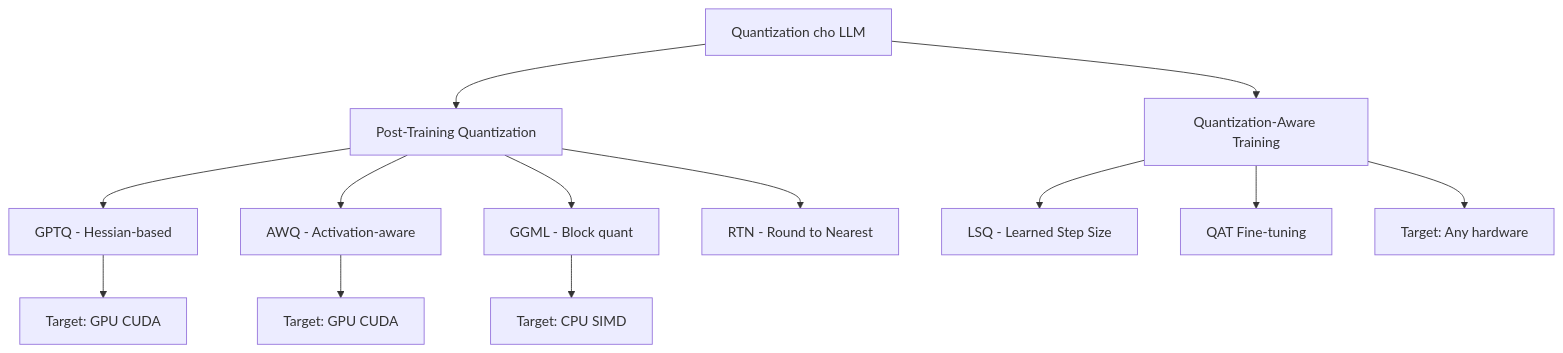
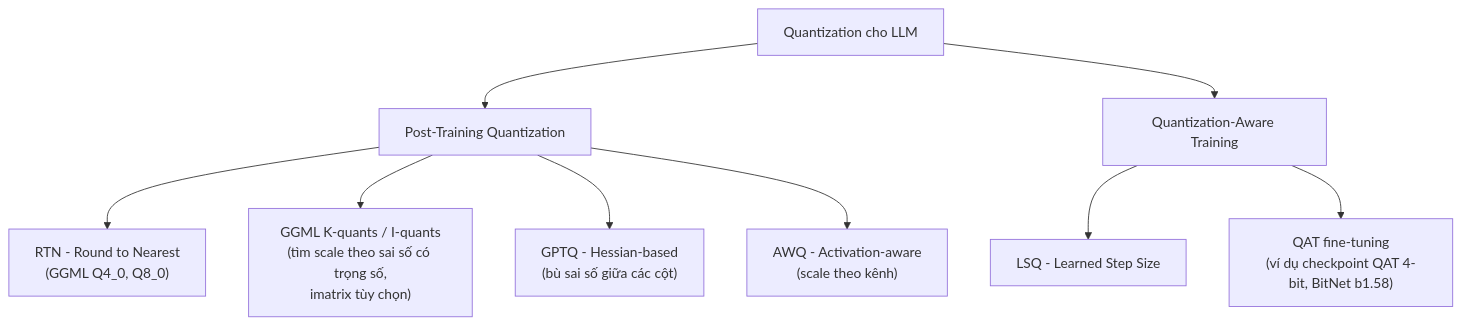
The first of 2 diagrams in docs/theory_deep_dive/theory_6_quantization_landscape.md (tuandung222/llama-cpp-architecture-lectures), drawn with Mermaid before and after one commit. The commit also changed other lines of this file and 5 other files, not shown here.

````diff
--- a/docs/theory_deep_dive/theory_6_quantization_landscape.md
+++ b/docs/theory_deep_dive/theory_6_quantization_landscape.md
@@ -16,18 +14,13 @@
 ```mermaid
 graph TD
     Q[Quantization cho LLM] --> PTQ[Post-Training Quantization]
     Q --> QAT[Quantization-Aware Training]
-    
-    PTQ --> GPTQ[GPTQ - Hessian-based]
-    PTQ --> AWQ[AWQ - Activation-aware]
-    PTQ --> GGML[GGML - Block quant]
-    PTQ --> RTN[RTN - Round to Nearest]
-    
+
+    PTQ --> RTN["RTN - Round to Nearest\n(GGML Q4_0, Q8_0)"]
+    PTQ --> GGMLK["GGML K-quants / I-quants\n(tìm scale theo sai số có trọng số,\nimatrix tùy chọn)"]
+    PTQ --> GPTQ["GPTQ - Hessian-based\n(bù sai số giữa các cột)"]
+    PTQ --> AWQ["AWQ - Activation-aware\n(scale theo kênh)"]
+
     QAT --> LSQ[LSQ - Learned Step Size]
-    QAT --> QATF[QAT Fine-tuning]
-    
-    GPTQ --> GPU1[Target: GPU CUDA]
-    AWQ --> GPU2[Target: GPU CUDA]
-    GGML --> CPU[Target: CPU SIMD]
-    QAT --> ANY[Target: Any hardware]
+    QAT --> QATF["QAT fine-tuning\n(ví dụ checkpoint QAT 4-bit, BitNet b1.58)"]
 ```
````
